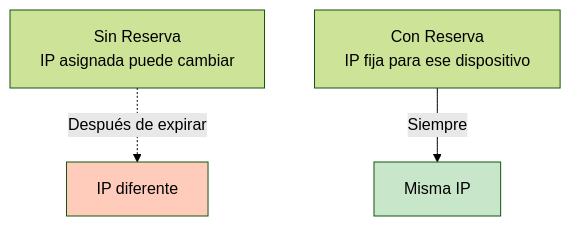
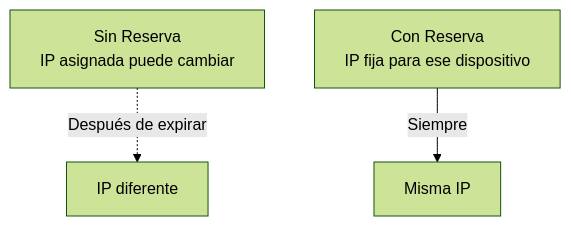
One commit to chacaejosue/UAGRM-Semestre-I-2026 changed the eighth of 11 diagrams in INF423-Redes-II/Apuntes/2026-03-24-Segunda-Clase.md. Above: the diagram before and after it, drawn with Mermaid (forest theme). The commit also changed other lines of this file, not shown here.

Commit message:
Corregir problemas en los diagramas con poco contraste

````diff
--- a/INF423-Redes-II/Apuntes/2026-03-24-Segunda-Clase.md
+++ b/INF423-Redes-II/Apuntes/2026-03-24-Segunda-Clase.md
@@ -376,9 +366,6 @@
 ```mermaid
 graph TD
     A["Sin Reserva<br/>IP asignada puede cambiar"] -.->|"Después de expirar"| B["IP diferente"]
     
     C["Con Reserva<br/>IP fija para ese dispositivo"] -->|"Siempre"| D["Misma IP"]
-    
-    style B fill:#ffccbc
-    style D fill:#c8e6c9
 ```
````
